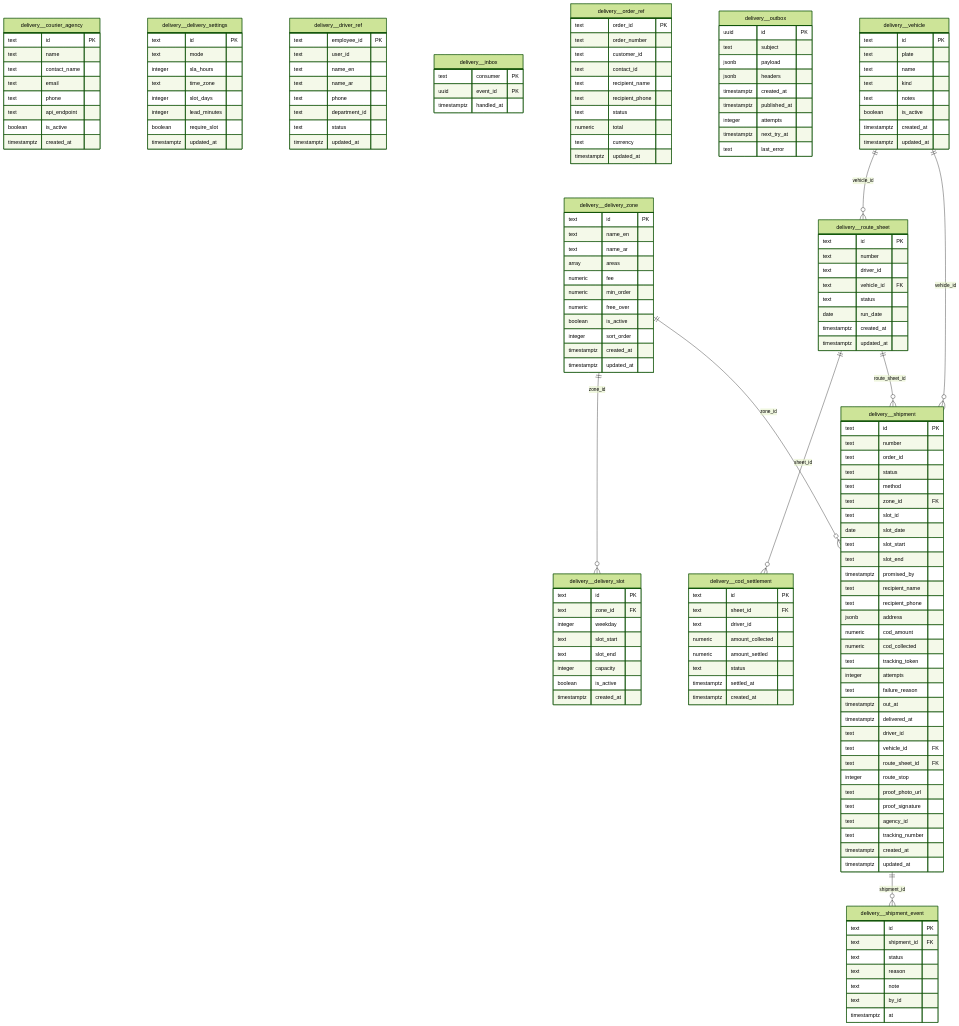
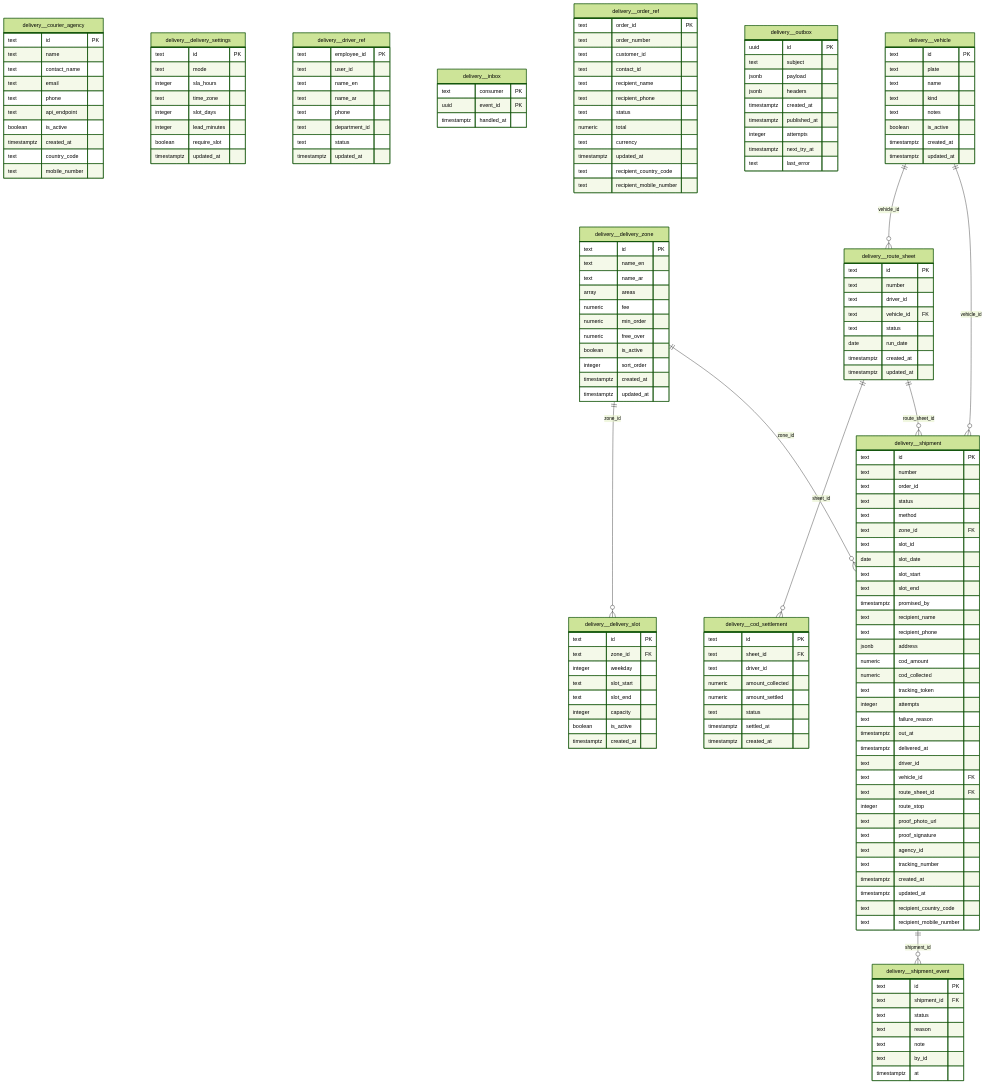
The fourth of 15 diagrams in docs/ERD.md (sahmedhusain/ishoot.bh), drawn with Mermaid (forest theme) before and after one commit. The commit also changed other lines of this file and 407 other files, not shown here.

```diff
--- a/docs/ERD.md
+++ b/docs/ERD.md
@@ -1141,6 +1153,8 @@
         text api_endpoint
         boolean is_active
         timestamptz created_at
+        text country_code
+        text mobile_number
     }
     delivery__delivery_settings {
         text id PK
@@ -1201,6 +1215,8 @@
         numeric total
         text currency
         timestamptz updated_at
+        text recipient_country_code
+        text recipient_mobile_number
     }
     delivery__outbox {
         uuid id PK
@@ -1255,6 +1271,8 @@
         text tracking_number
         timestamptz created_at
         timestamptz updated_at
+        text recipient_country_code
+        text recipient_mobile_number
     }
     delivery__shipment_event {
         text id PK
```
